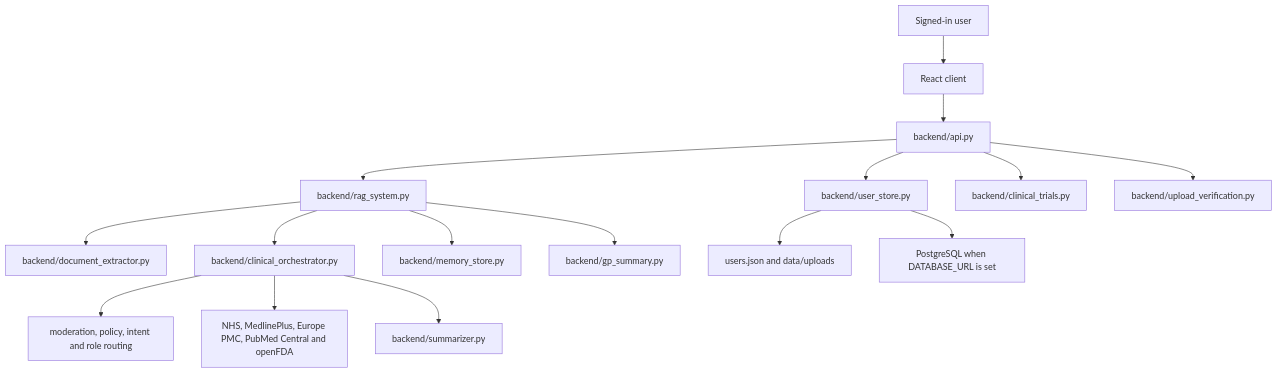
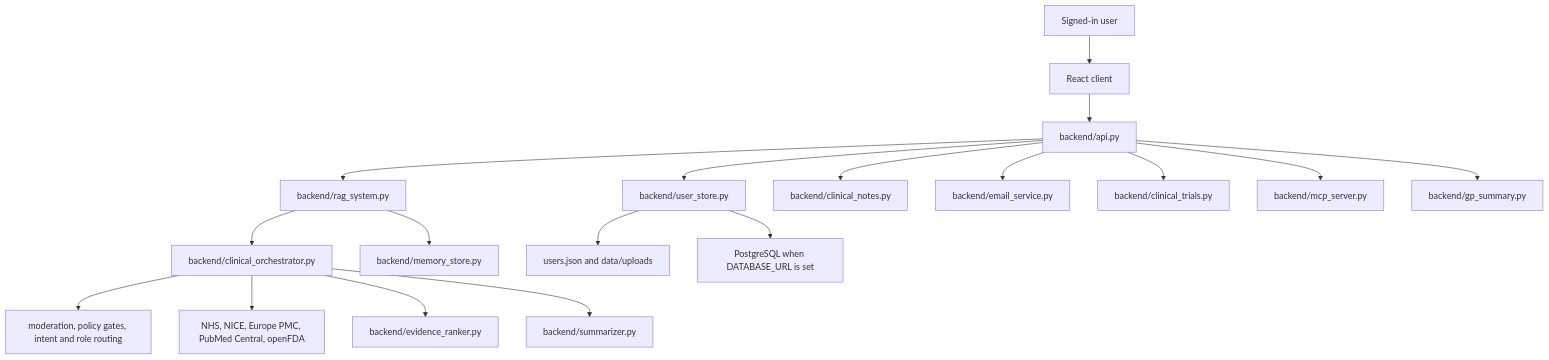
One commit to Franosei/my_health_chatbot changed the diagram in README.md. Above: the diagram before and after it, drawn with Mermaid. The commit also changed other lines of this file and 2 other files, not shown here.

````diff
--- a/README.md
+++ b/README.md
@@ -143,18 +218,20 @@
 ```mermaid
 flowchart TD
     User[Signed-in user] --> React[React client]
     React --> API[backend/api.py]
     API --> Store[backend/user_store.py]
     API --> RAG[backend/rag_system.py]
+    API --> Notes[backend/clinical_notes.py]
+    API --> Email[backend/email_service.py]
     API --> Trials[backend/clinical_trials.py]
-    API --> Uploads[backend/upload_verification.py]
-    RAG --> Extractor[backend/document_extractor.py]
+    API --> MCP[backend/mcp_server.py]
+    API --> GP[backend/gp_summary.py]
     RAG --> Orchestrator[backend/clinical_orchestrator.py]
     RAG --> Memory[backend/memory_store.py]
-    RAG --> GP[backend/gp_summary.py]
-    Orchestrator --> Safety[moderation, policy, intent and role routing]
-    Orchestrator --> Evidence[NHS, MedlinePlus, Europe PMC, PubMed Central and openFDA]
+    Orchestrator --> Safety[moderation, policy gates, intent and role routing]
+    Orchestrator --> Evidence[NHS, NICE, Europe PMC, PubMed Central, openFDA]
+    Orchestrator --> Ranker[backend/evidence_ranker.py]
     Orchestrator --> LLM[backend/summarizer.py]
     Store --> Local[users.json and data/uploads]
     Store --> Postgres[PostgreSQL when DATABASE_URL is set]
 ```
````
